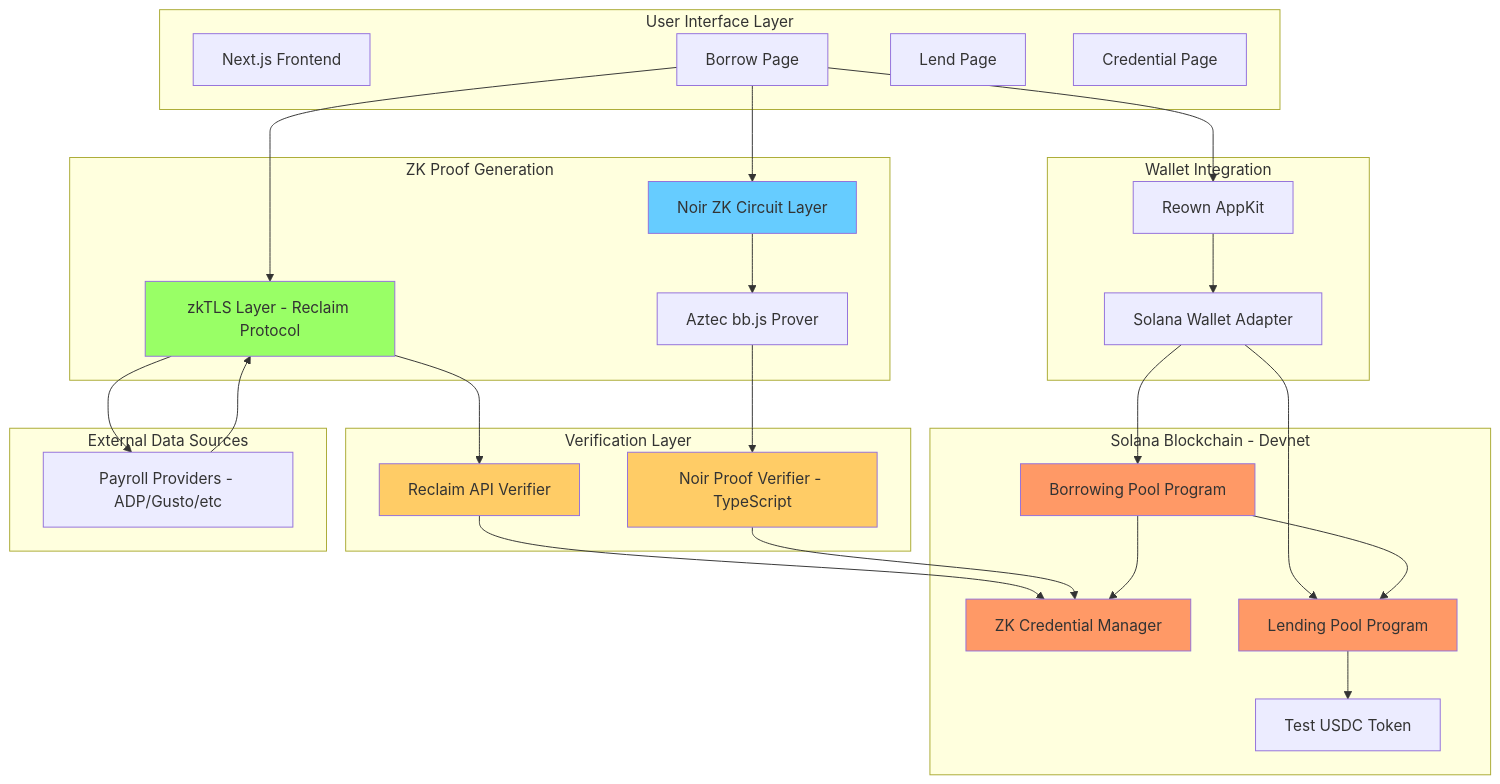
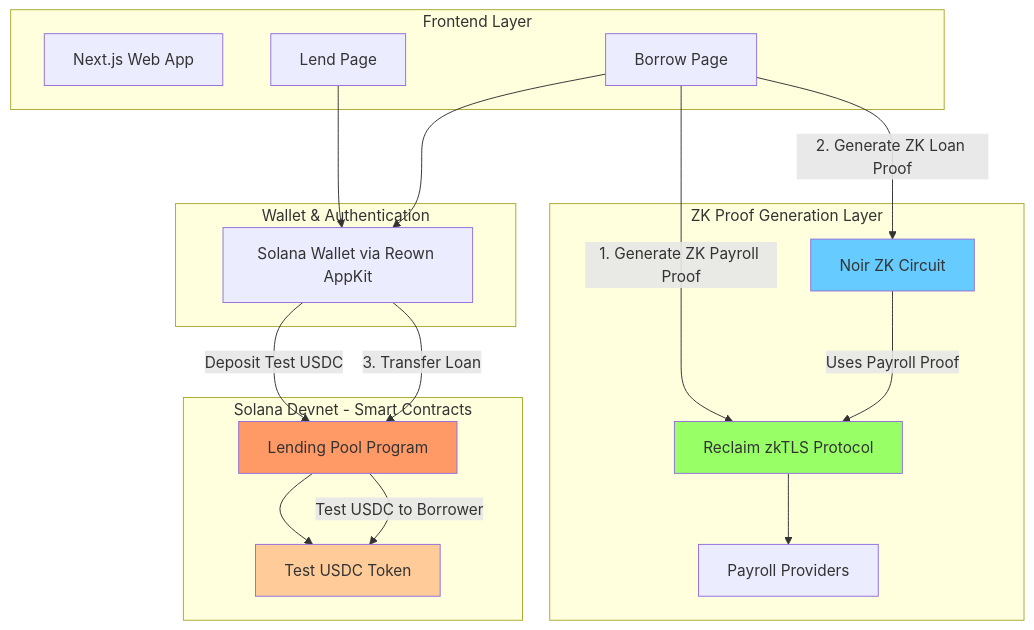
Before and after one commit to masaun/ZK-payroll-backed-loan: the first of 2 diagrams in README.md, drawn with Mermaid. The commit also changed other lines of this file and 2 other files, not shown here.

````diff
--- a/README.md
+++ b/README.md
@@ -205,67 +153,42 @@
 ```mermaid
 graph TB
-    subgraph "User Interface Layer"
-        A[Next.js Frontend]
-        A1[Borrow Page]
-        A2[Lend Page]
-        A3[Credential Page]
+    subgraph "Frontend Layer"
+        UI[Next.js Web App]
+        LendPage[Lend Page]
+        BorrowPage[Borrow Page]
     end
     
-    subgraph "Wallet Integration"
-        B[Reown AppKit]
-        B1[Solana Wallet Adapter]
+    subgraph "Wallet & Authentication"
+        Wallet[Solana Wallet via Reown AppKit]
     end
     
-    subgraph "ZK Proof Generation"
-        C1[zkTLS Layer - Reclaim Protocol]
-        C2[Noir ZK Circuit Layer]
-        C3[Aztec bb.js Prover]
+    subgraph "ZK Proof Generation Layer"
+        Reclaim[Reclaim zkTLS Protocol]
+        Noir[Noir ZK Circuit]
+        Payroll[Payroll Providers]
     end
     
-    subgraph "Verification Layer"
-        D1[Reclaim API Verifier]
-        D2[Noir Proof Verifier - TypeScript]
+    subgraph "Solana Devnet - Smart Contracts"
+        LendingPool[Lending Pool Program]
+        USDC[Test USDC Token]
     end
     
-    subgraph "Solana Blockchain - Devnet"
-        E1[ZK Credential Manager]
-        E2[Lending Pool Program]
-        E3[Borrowing Pool Program]
-        E4[Test USDC Token]
-    end
+    %% Lending Flow
+    LendPage --> Wallet
+    Wallet -->|Deposit Test USDC| LendingPool
+    LendingPool --> USDC
     
-    subgraph "External Data Sources"
-        F1[Payroll Providers - ADP/Gusto/etc]
-    end
+    %% Borrowing Flow
+    BorrowPage --> Wallet
+    BorrowPage -->|1. Generate ZK Payroll Proof| Reclaim
+    Reclaim --> Payroll
+    BorrowPage -->|2. Generate ZK Loan Proof| Noir
+    Noir -->|Uses Payroll Proof| Reclaim
+    Wallet -->|3. Transfer Loan| LendingPool
+    LendingPool -->|Test USDC to Borrower| USDC
     
-    A1 --> B
-    A1 --> C1
-    A1 --> C2
-    
-    B --> B1
-    
-    C1 --> F1
-    F1 --> C1
-    C1 --> D1
-    
-    C2 --> C3
-    C3 --> D2
-    
-    D1 --> E1
-    D2 --> E1
-    
-    B1 --> E2
-    B1 --> E3
-    
-    E3 --> E2
-    E2 --> E4
-    E3 --> E1
-    
-    style C1 fill:#9f6
-    style C2 fill:#6cf
-    style D1 fill:#fc6
-    style D2 fill:#fc6
-    style E1 fill:#f96
-    style E2 fill:#f96
-    style E3 fill:#f96
+    style Reclaim fill:#9f6
+    style Noir fill:#6cf
+    style LendingPool fill:#f96
+    style USDC fill:#fc9
 ```
````
